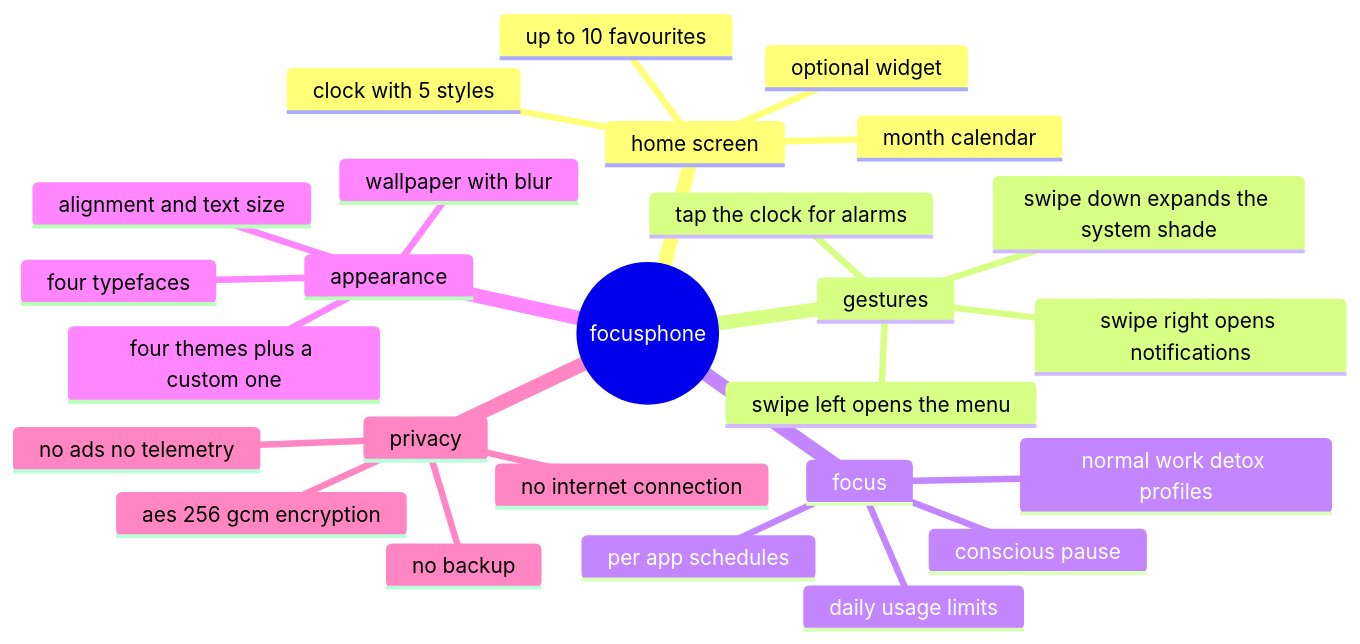
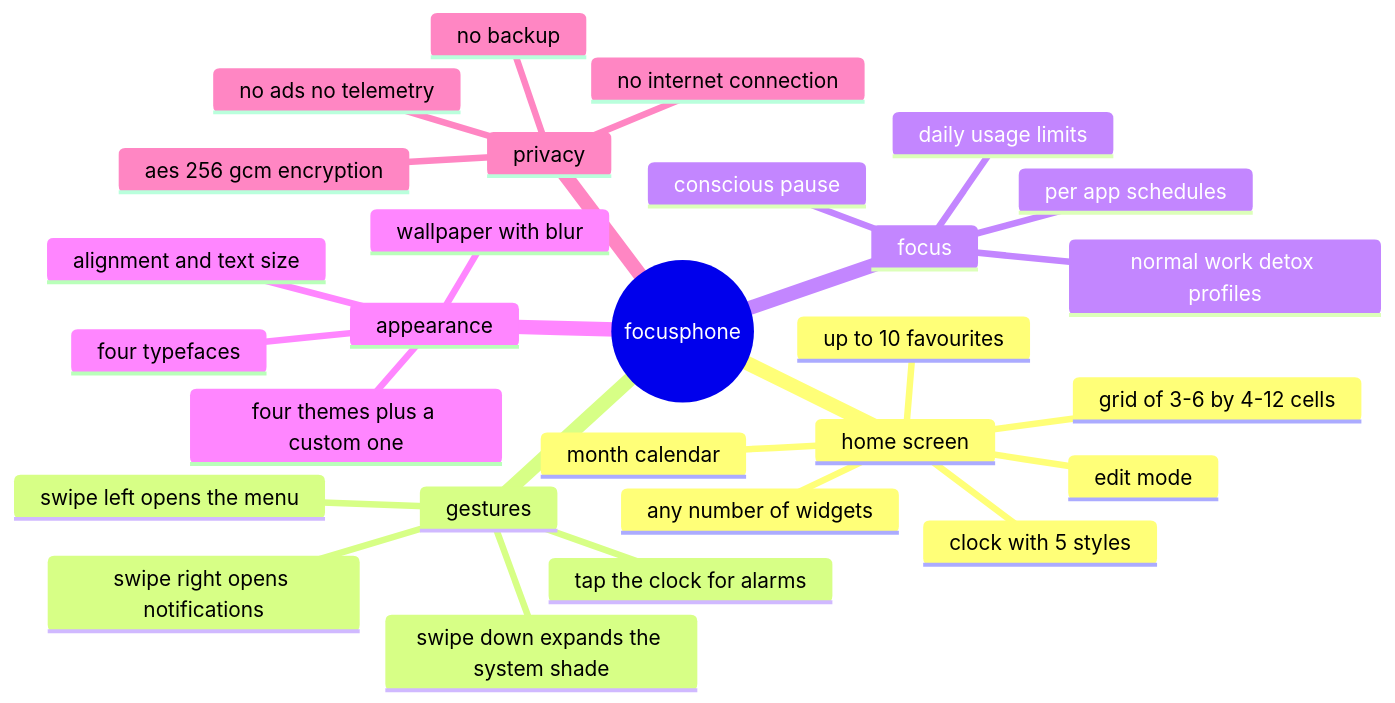
Before and after one commit to rezzt-dev/focusphone-app: the diagram in documentation/en/README.md, drawn with Mermaid. The commit also changed other lines of this file and 42 other files, not shown here.

````diff
--- a/documentation/en/README.md
+++ b/documentation/en/README.md
@@ -107,29 +107,31 @@
 ```mermaid
 mindmap
   root((focusphone))
     home screen
       clock with 5 styles
       month calendar
+      grid of 3-6 by 4-12 cells
       up to 10 favourites
-      optional widget
+      any number of widgets
+      edit mode
     gestures
       swipe left opens the menu
       swipe right opens notifications
       swipe down expands the system shade
       tap the clock for alarms
     focus
       normal work detox profiles
       per app schedules
       daily usage limits
       conscious pause
     appearance
       four themes plus a custom one
       wallpaper with blur
       four typefaces
       alignment and text size
     privacy
       no internet connection
       aes 256 gcm encryption
       no backup
       no ads no telemetry
 ```
````
